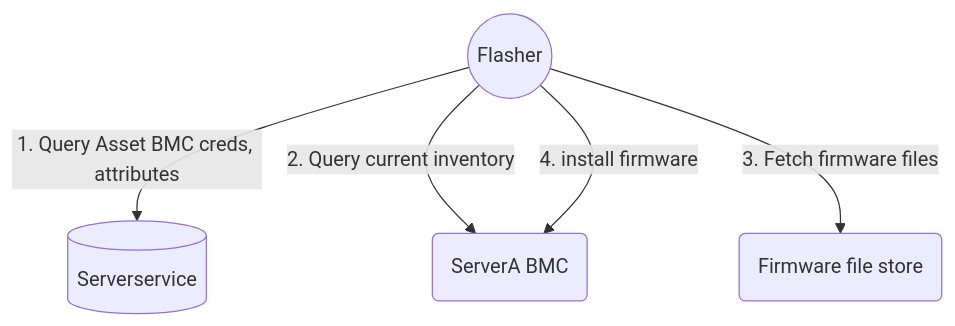
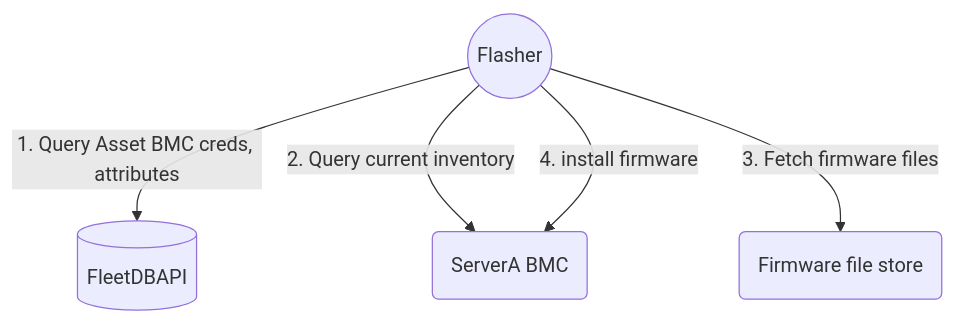
One commit to metal-toolbox/flasher changed the diagram in README.md. Above: the diagram before and after it, drawn with Mermaid. The commit also changed 9 other files, not shown here.

````diff
--- a/README.md
+++ b/README.md
@@ -43,7 +43,7 @@
 ```mermaid
 graph TB
-  a((Flasher))-- 1. Query Asset BMC creds, attributes -->ss[(Serverservice)]
+  a((Flasher))-- 1. Query Asset BMC creds, attributes -->ss[(FleetDBAPI)]
   a((Flasher))-- 2. Query current inventory -->sb(ServerA BMC)
   a((Flasher))-- 3. Fetch firmware files -->sa(Firmware file store)
   a((Flasher))-- 4. install firmware -->sb(ServerA BMC)
 ```
````
